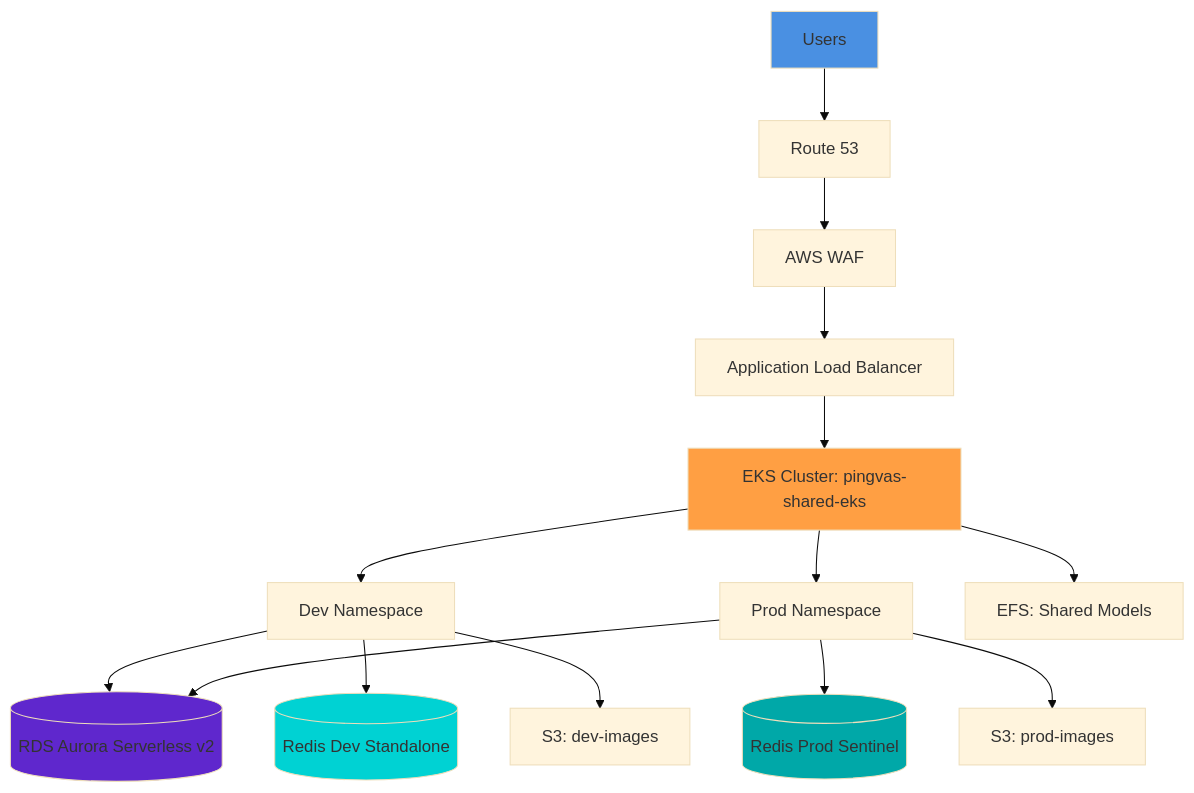
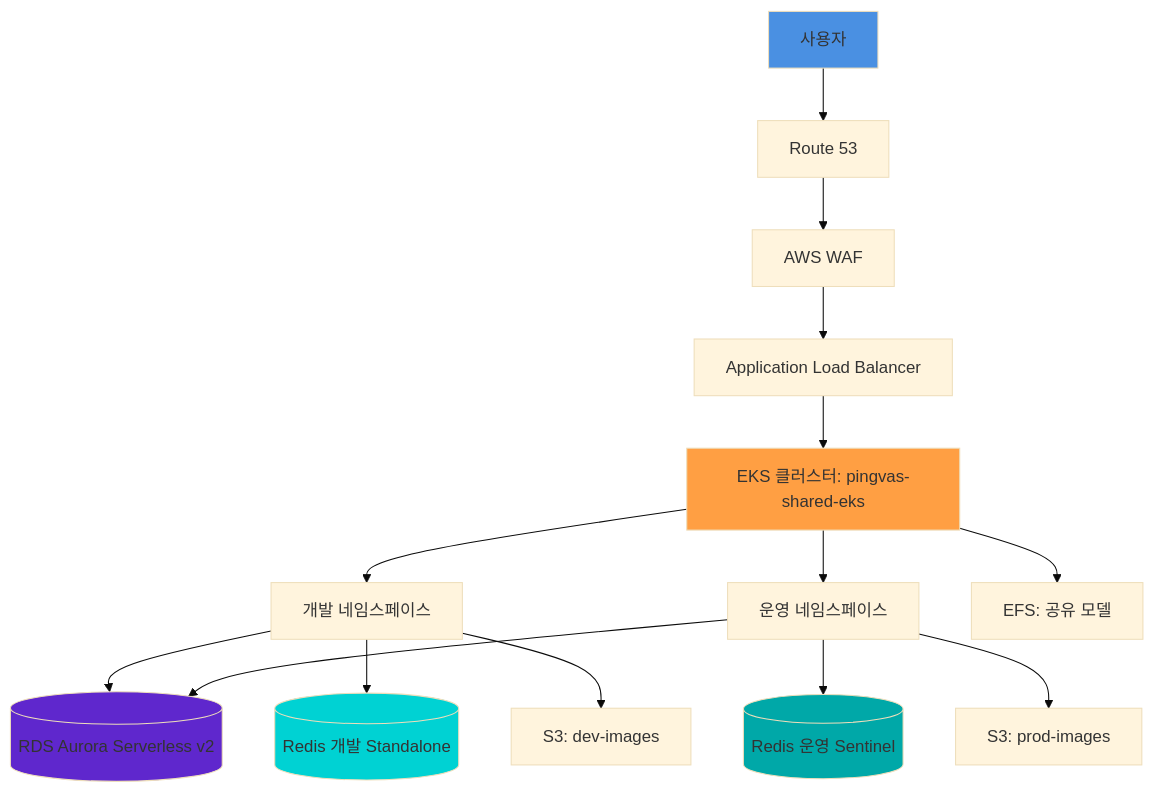
Before and after one commit to Pinksea-AI/InvokeAI: the first of 15 diagrams in docs/final-architecture/01-aws-architecture-diagram.md, drawn with Mermaid (base theme). The commit also changed other lines of this file, not shown here.

First line of the commit message:
docs: AWS 아키텍처 다이어그램 문서를 한글로 번역

````diff
--- a/docs/final-architecture/01-aws-architecture-diagram.md
+++ b/docs/final-architecture/01-aws-architecture-diagram.md
@@ -50,28 +50,28 @@
 ```mermaid
 graph TB
-    Users[Users] --> R53[Route 53]
+    Users[사용자] --> R53[Route 53]
     R53 --> WAF[AWS WAF]
     WAF --> ALB[Application Load Balancer]
 
-    ALB --> EKS[EKS Cluster: pingvas-shared-eks]
+    ALB --> EKS[EKS 클러스터: pingvas-shared-eks]
 
-    EKS --> DevNS[Dev Namespace]
-    EKS --> ProdNS[Prod Namespace]
+    EKS --> DevNS[개발 네임스페이스]
+    EKS --> ProdNS[운영 네임스페이스]
 
     DevNS --> RDS[(RDS Aurora Serverless v2)]
     ProdNS --> RDS
 
-    DevNS --> RedisDev[(Redis Dev Standalone)]
-    ProdNS --> RedisProd[(Redis Prod Sentinel)]
+    DevNS --> RedisDev[(Redis 개발 Standalone)]
+    ProdNS --> RedisProd[(Redis 운영 Sentinel)]
 
     DevNS --> S3Dev[S3: dev-images]
     ProdNS --> S3Prod[S3: prod-images]
 
-    EKS --> EFS[EFS: Shared Models]
+    EKS --> EFS[EFS: 공유 모델]
 
     style Users fill:#4A90E2
     style EKS fill:#FF9F43
     style RDS fill:#5F27CD
     style RedisDev fill:#00D2D3
     style RedisProd fill:#00A8A8
 ```
````
